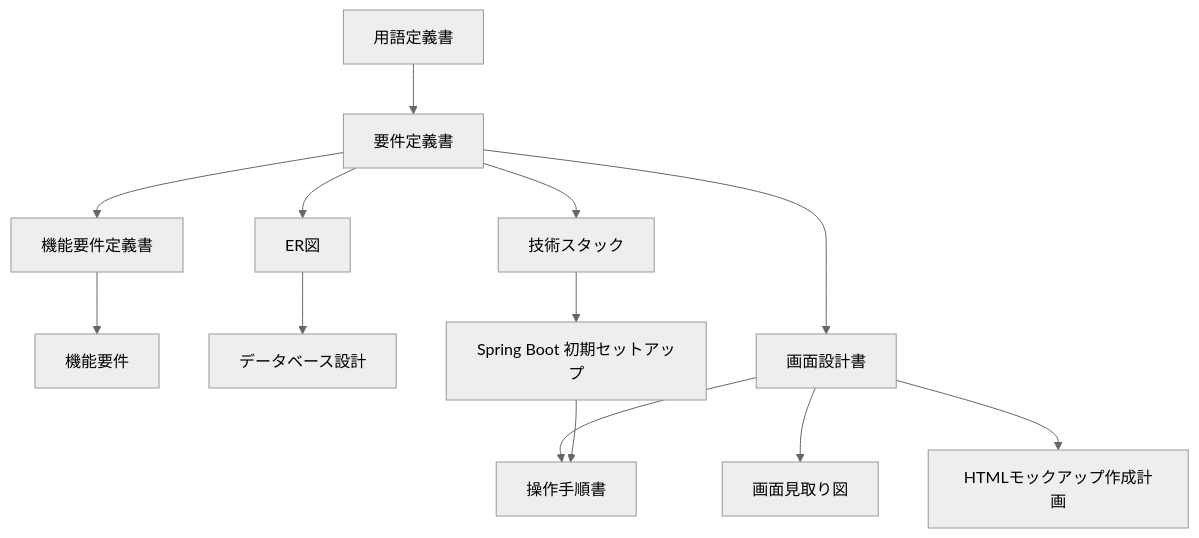
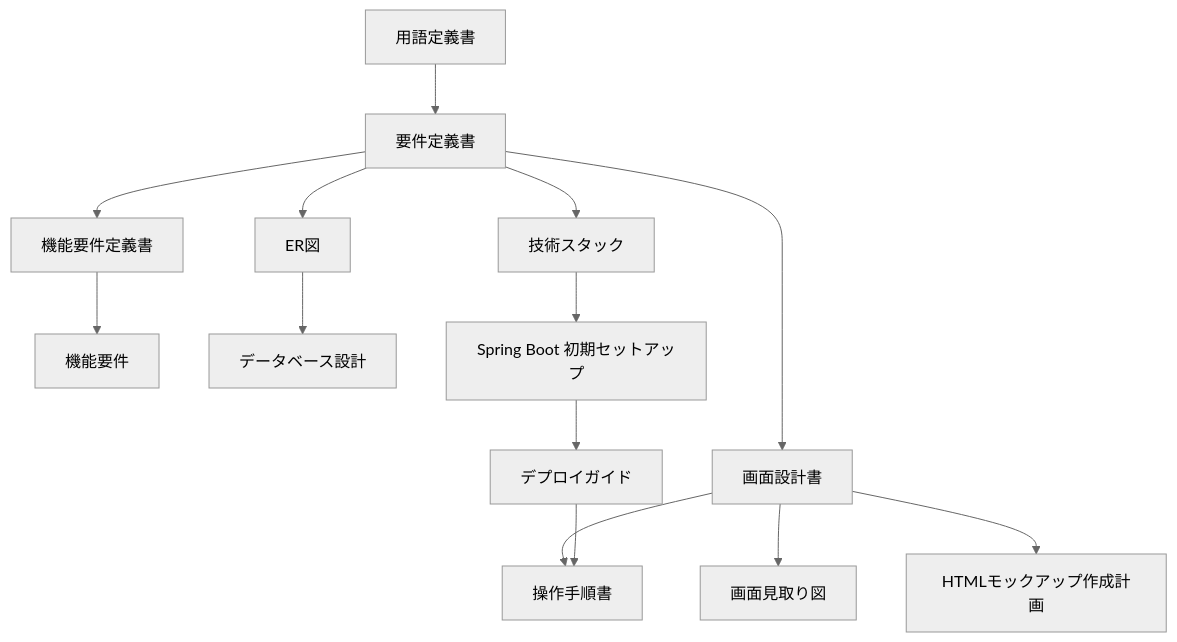
One commit to pfgnsb/kadai-kanri-board changed the diagram in ドキュメント/README.md. Above: the diagram before and after it, drawn with Mermaid (neutral theme). The commit also changed other lines of this file and 2 other files, not shown here.

````diff
--- a/ドキュメント/README.md
+++ b/ドキュメント/README.md
@@ -63,15 +64,16 @@
 ```mermaid
 flowchart TD
   terms[用語定義書] --> req[要件定義書]
   req --> funcDef[機能要件定義書]
   funcDef --> func[機能要件]
   req --> er[ER図]
   er --> db[データベース設計]
   req --> stack[技術スタック]
   stack --> boot[Spring Boot 初期セットアップ]
+  boot --> deploy[デプロイガイド]
   req --> screen[画面設計書]
   screen --> sketch[画面見取り図]
   screen --> mock[HTMLモックアップ作成計画]
   screen --> howto[操作手順書]
-  boot --> howto
+  deploy --> howto
 ```
````
